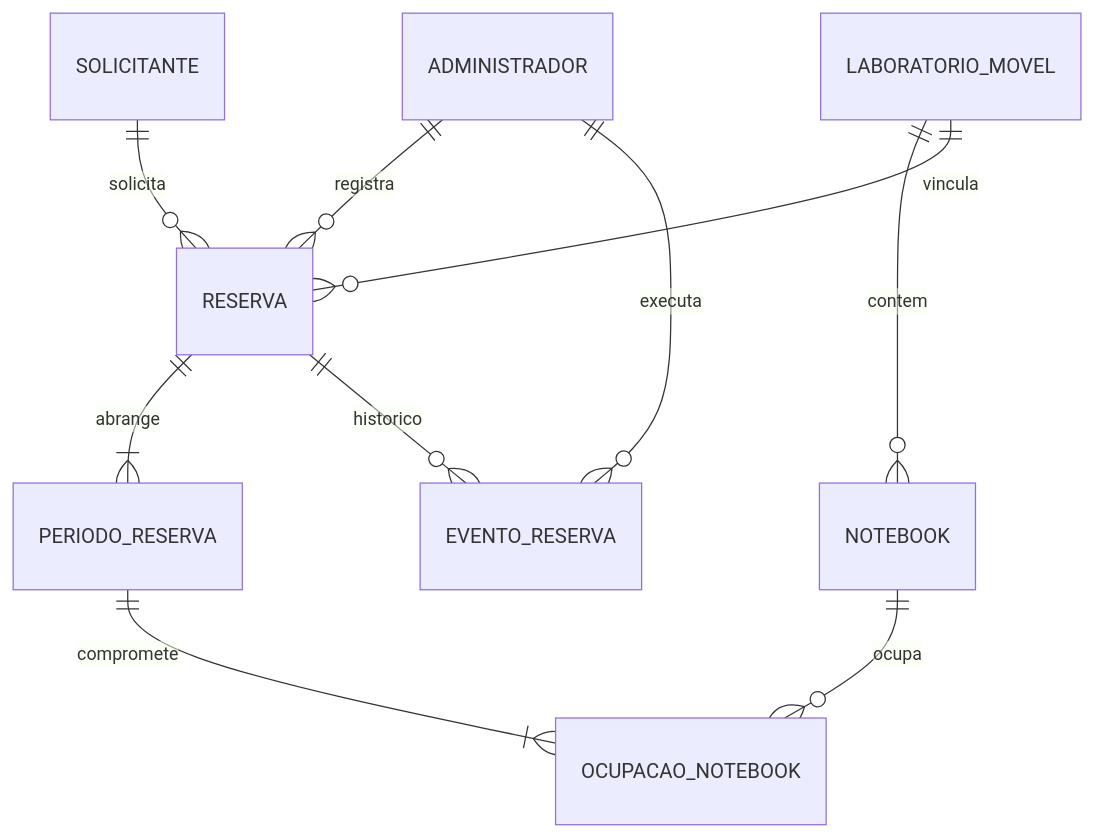
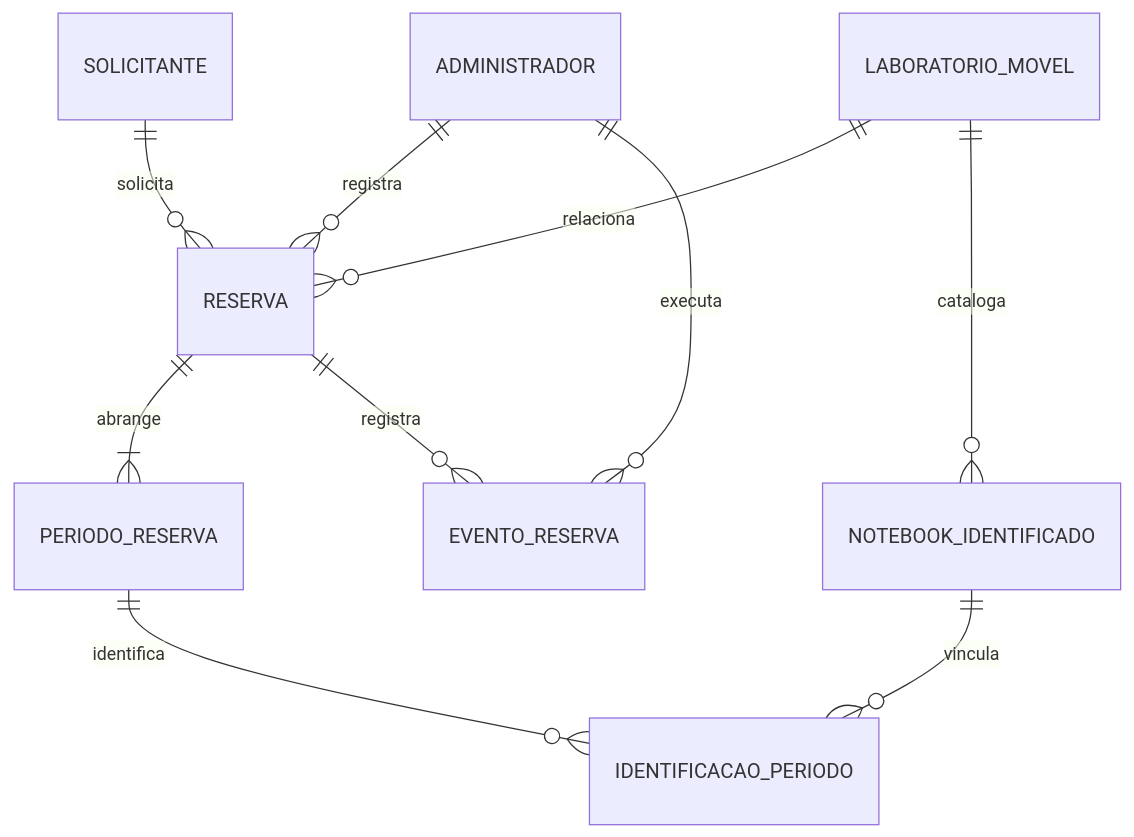
Before and after one commit to dev-oestagiario/Educart: the diagram in docs/modelo-de-dados.md, drawn with Mermaid. The commit also changed other lines of this file, not shown here.

````diff
--- a/docs/modelo-de-dados.md
+++ b/docs/modelo-de-dados.md
@@ -30,12 +33,12 @@
 ```mermaid
 erDiagram
   ADMINISTRADOR ||--o{ RESERVA : registra
   SOLICITANTE ||--o{ RESERVA : solicita
-  LABORATORIO_MOVEL ||--o{ NOTEBOOK : contem
-  LABORATORIO_MOVEL ||--o{ RESERVA : vincula
+  LABORATORIO_MOVEL ||--o{ RESERVA : relaciona
+  LABORATORIO_MOVEL ||--o{ NOTEBOOK_IDENTIFICADO : cataloga
   RESERVA ||--|{ PERIODO_RESERVA : abrange
-  PERIODO_RESERVA ||--|{ OCUPACAO_NOTEBOOK : compromete
-  NOTEBOOK ||--o{ OCUPACAO_NOTEBOOK : ocupa
-  RESERVA ||--o{ EVENTO_RESERVA : historico
+  PERIODO_RESERVA ||--o{ IDENTIFICACAO_PERIODO : identifica
+  NOTEBOOK_IDENTIFICADO ||--o{ IDENTIFICACAO_PERIODO : vincula
+  RESERVA ||--o{ EVENTO_RESERVA : registra
   ADMINISTRADOR ||--o{ EVENTO_RESERVA : executa
 ```
````
